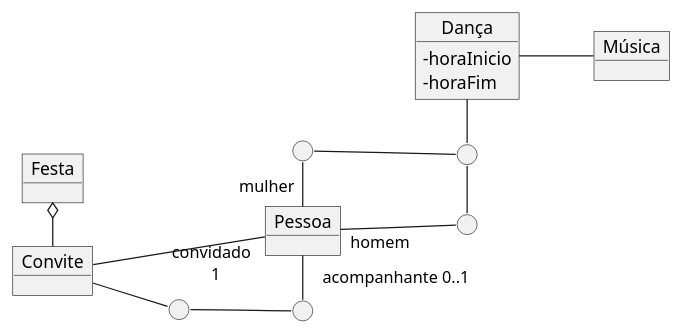
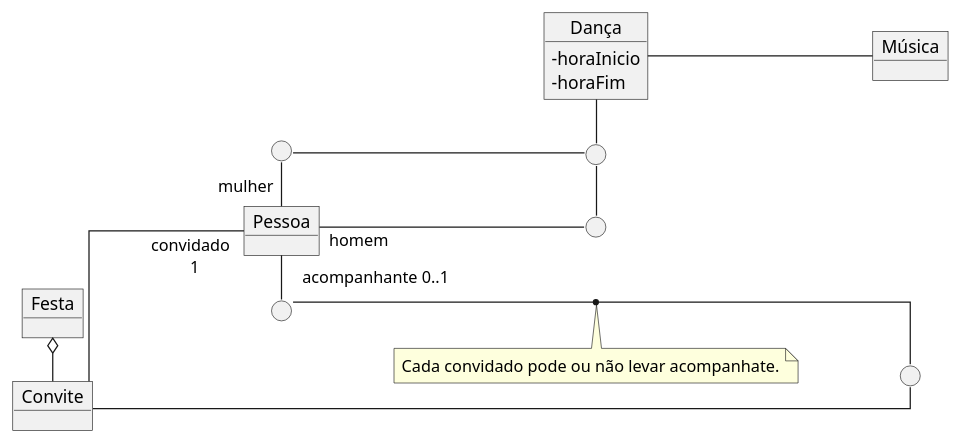
One commit to kyriosdata/oo changed the diagram in Imagens/modelos-05/mod05ima05/mod05ima05.plantuml. Above: the diagram before and after it, drawn with PlantUML. The commit also changed 1 other file, not shown here.

Commit message:
mod05ima04ima05

```diff
--- a/Imagens/modelos-05/mod05ima05/mod05ima05.plantuml
+++ b/Imagens/modelos-05/mod05ima05/mod05ima05.plantuml
@@ -1,36 +1,38 @@
-@startuml mod05ima04
+@startuml mod05ima05
 allow_mixing
 skinparam classAttributeIconSize 0
 object "Dança" as da
 da : - horaInicio
 da : - horaFim
 object "Música" as mu
 object "Festa" as fe
 object "Convite" as co
 Object "Pessoa" as pe
 circle " " as p1
 circle " " as p2
 circle " " as p3
 circle " " as p4
 circle " " as p5
-
+note "Cada convidado pode ou não levar acompanhate." as ca
+skinparam linetype ortho
 left to right direction
 pe "mulher"-left- p1
 p1 -down- p2
 p2 -right- p3
 p3 -up-"homem" pe
 da -- mu
 da -right- p2
 co ---"convidado \n 1" pe 
 pe "acompanhante 0..1" -right- p4
 p4 -up- p5
+(p4,p5) .. ca
 p5 -left- co
 co -left-o fe
 
 
 
 
 
 
 
 @enduml
```
